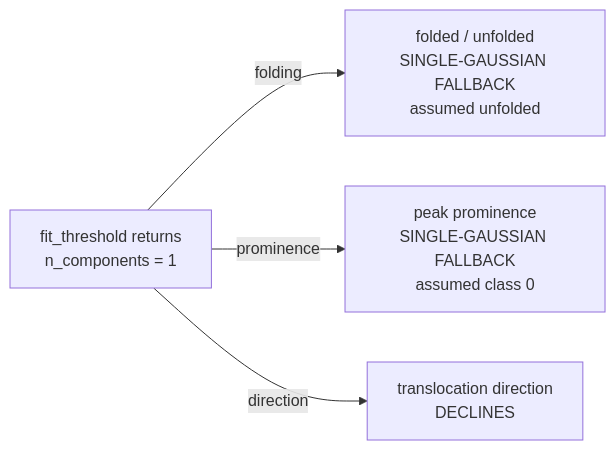
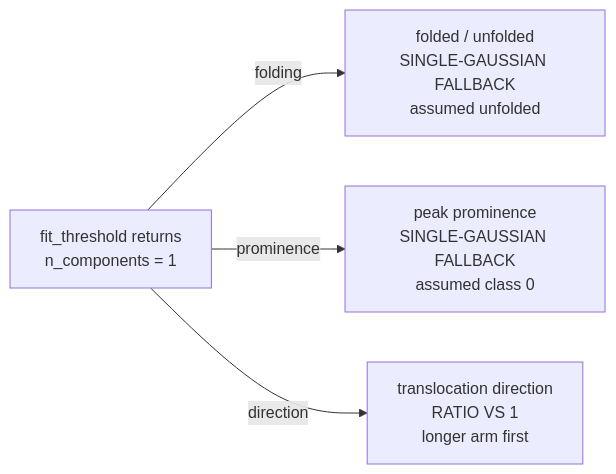
One commit to TCossaLab/poriscope changed the third of 3 diagrams in fit_fallbacks.md. Above: the diagram before and after it, drawn with Mermaid. The commit also changed other lines of this file and 3 other files, not shown here.

````diff
--- a/fit_fallbacks.md
+++ b/fit_fallbacks.md
@@ -231,6 +239,6 @@
 ```mermaid
 flowchart LR
     F["fit_threshold returns<br/>n_components = 1"] -->|folding| A["folded / unfolded<br/>SINGLE-GAUSSIAN FALLBACK<br/>assumed unfolded"]
     F -->|prominence| B["peak prominence<br/>SINGLE-GAUSSIAN FALLBACK<br/>assumed class 0"]
-    F -->|direction| C["translocation direction<br/>DECLINES"]
+    F -->|direction| C["translocation direction<br/>RATIO VS 1<br/>longer arm first"]
 ```
````
